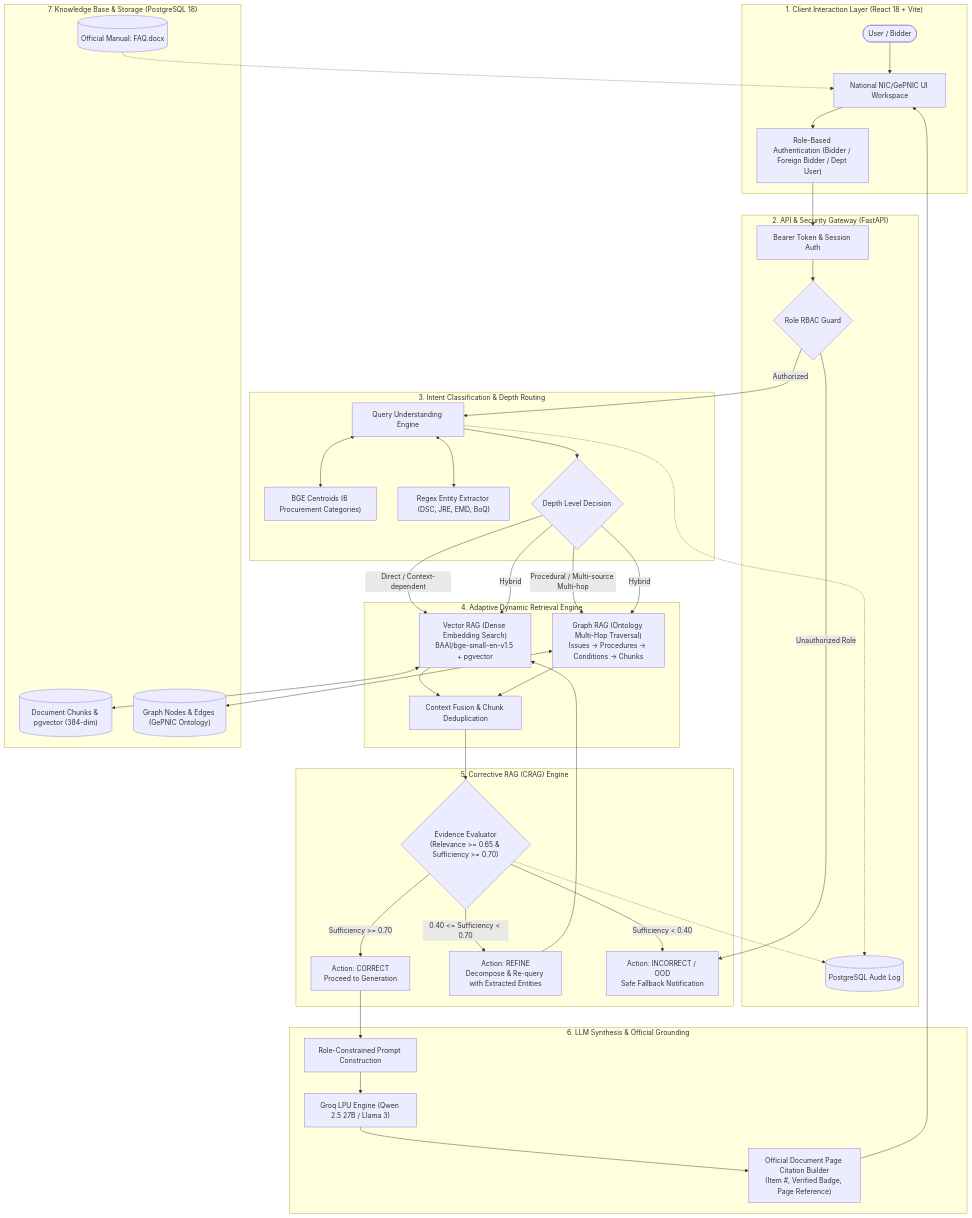
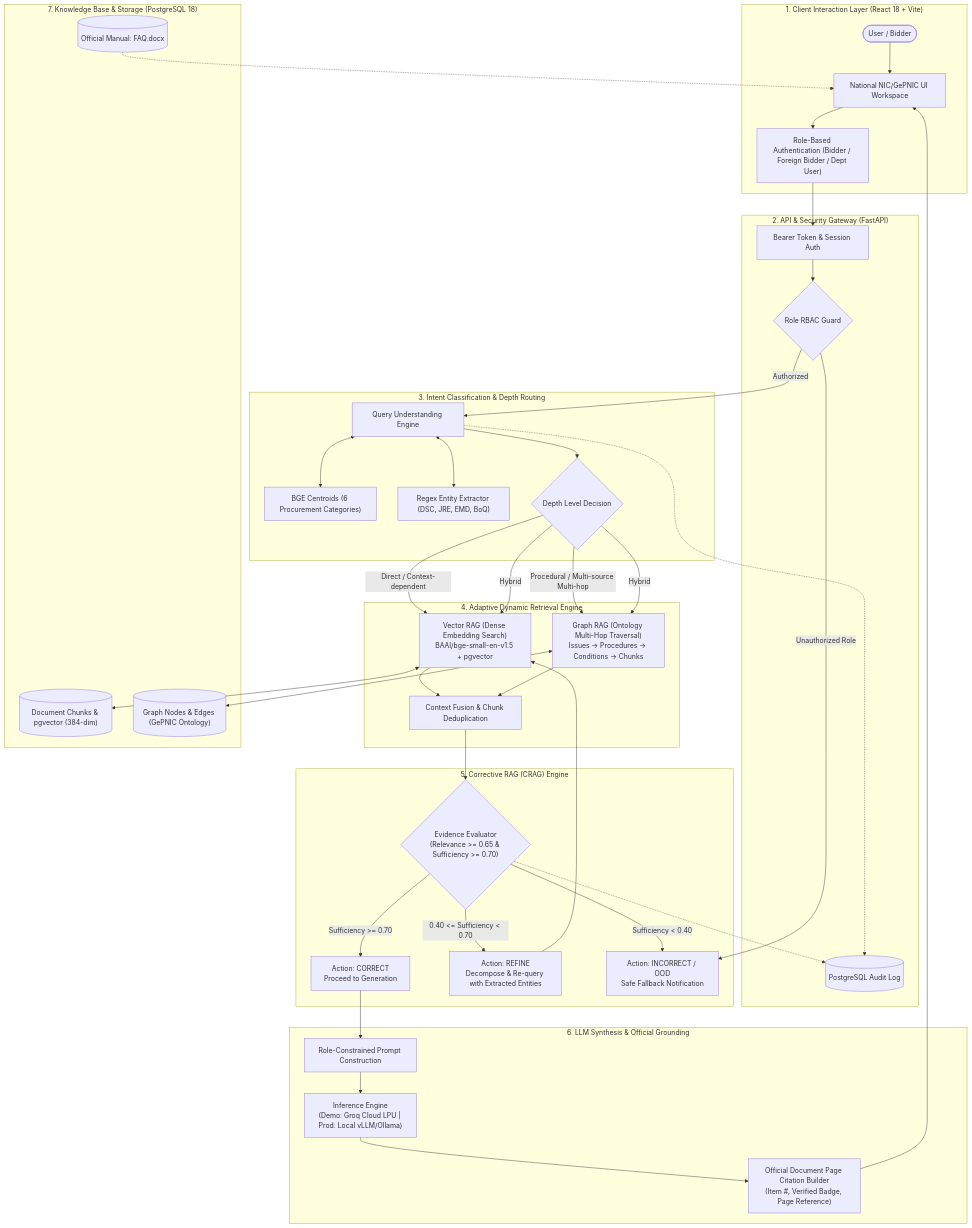
Before and after one commit to normalnevan1/clarifibids: the first of 2 diagrams in README.md, drawn with Mermaid. The commit also changed other lines of this file, not shown here.

Commit message:
docs: add sequence workflow diagram, local air-gapped LLM deployment notes, and Keycloak/Vault roadmap

```diff
--- a/README.md
+++ b/README.md
@@ -52,7 +52,7 @@
     %% Synthesis & Knowledge Layer
     subgraph SynthesisLayer ["6. LLM Synthesis & Official Grounding"]
         PromptBuilder["Role-Constrained Prompt Construction"]
-        LLM["Groq LPU Engine (Qwen 2.5 27B / Llama 3)"]
+        LLM["Inference Engine\n(Demo: Groq Cloud LPU | Prod: Local vLLM/Ollama)"]
         CitationEngine["Official Document Page Citation Builder\n(Item #, Verified Badge, Page Reference)"]
     end
 
```
